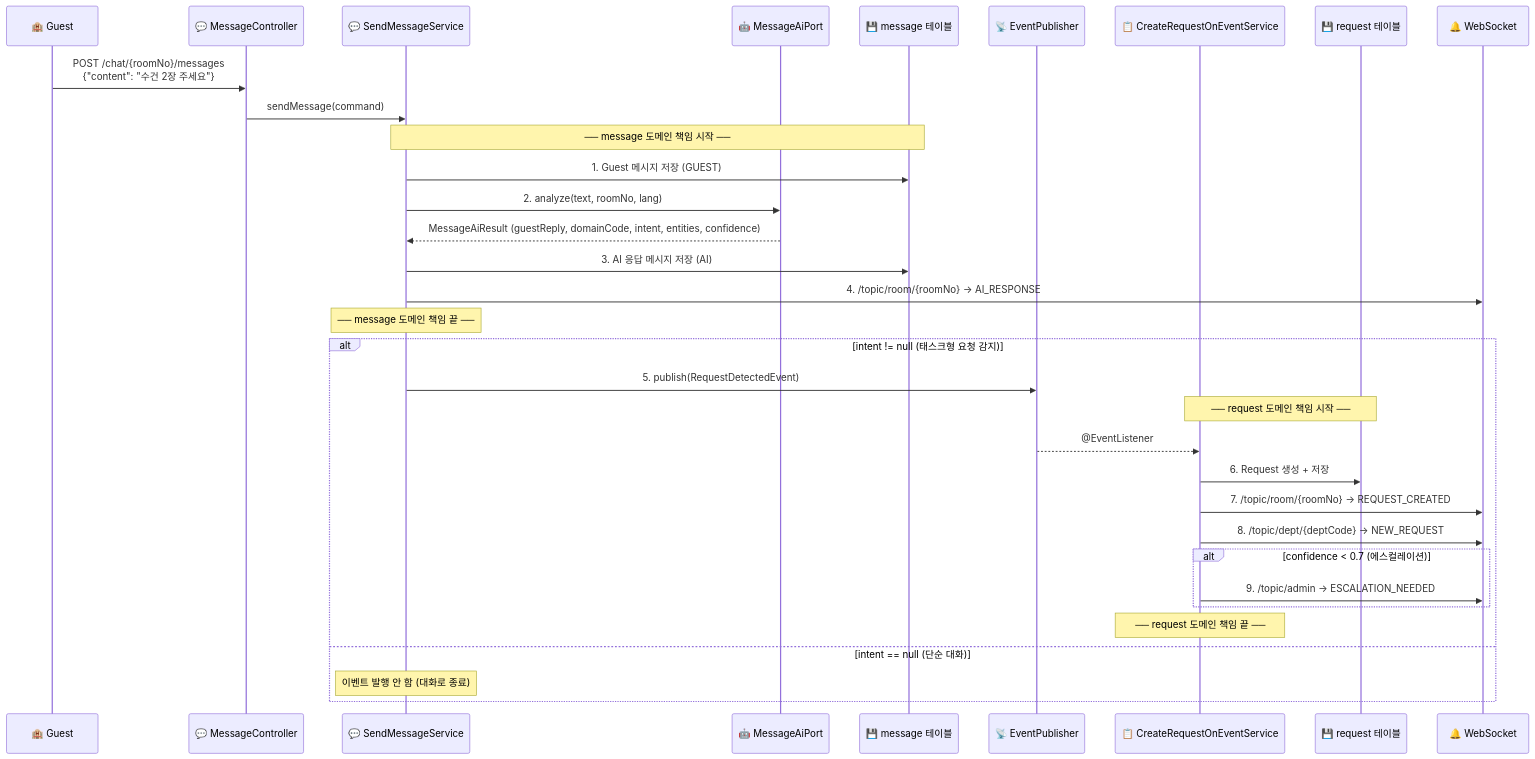
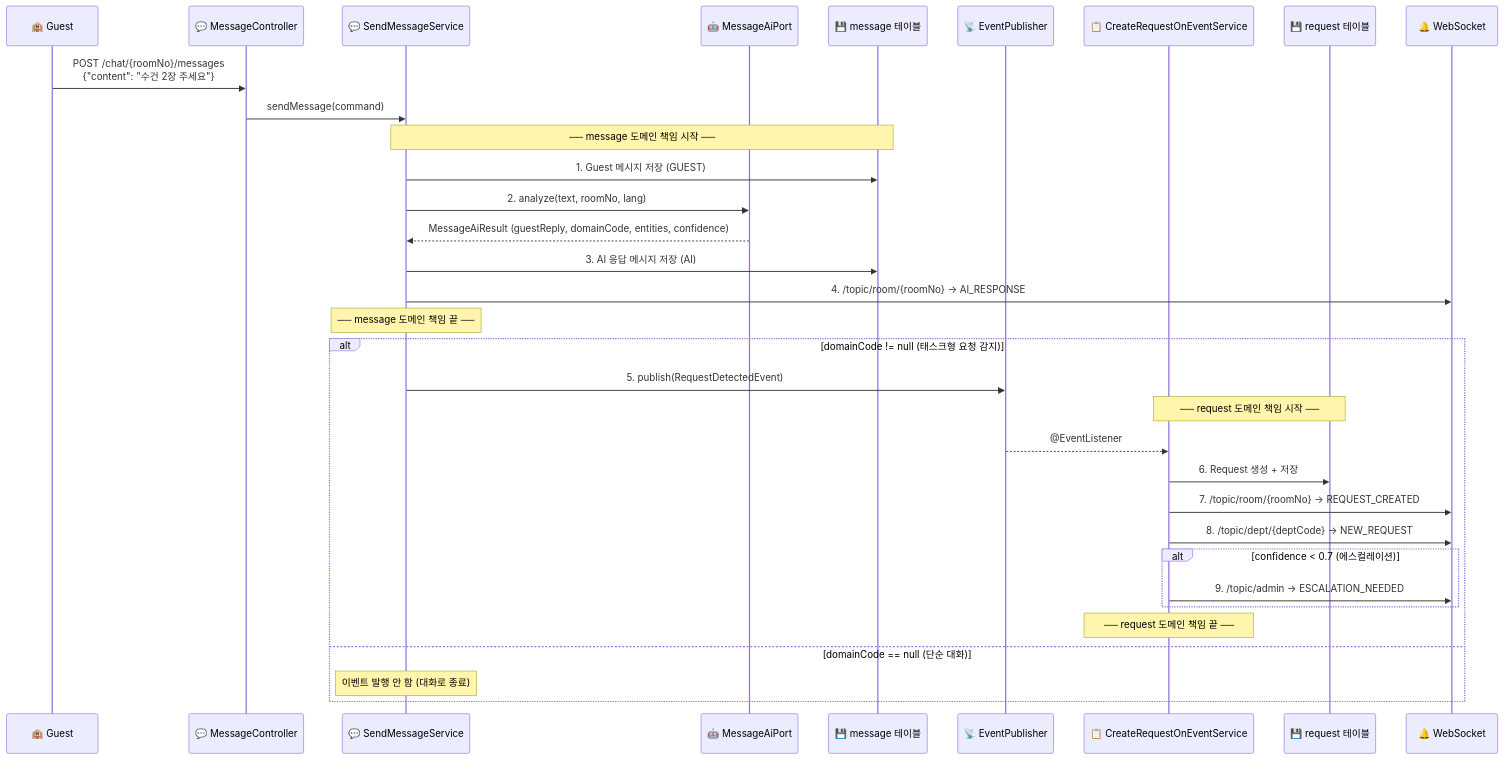
The diagram in docs/ms_rq_통합_워크플로우.md (newlecture-ibm2/team3-Aneuk), drawn with Mermaid before and after one commit. The commit also changed other lines of this file and 1 other file, not shown here.

Commit message:
docs: 아키텍처 및 워크플로우 문서 현행화 (intent/room 제거, 네이밍 통일)

````diff
--- a/docs/ms_rq_통합_워크플로우.md
+++ b/docs/ms_rq_통합_워크플로우.md
@@ -149,40 +149,40 @@
 ```mermaid
 sequenceDiagram
     participant G as 🏨 Guest
     participant MC as 💬 MessageController
     participant MS as 💬 SendMessageService
     participant AI as 🤖 MessageAiPort
     participant MDB as 💾 message 테이블
     participant EP as 📡 EventPublisher
     participant RS as 📋 CreateRequestOnEventService
     participant RDB as 💾 request 테이블
     participant WS as 🔔 WebSocket
 
     G->>MC: POST /chat/{roomNo}/messages<br/>{"content": "수건 2장 주세요"}
     MC->>MS: sendMessage(command)
 
     Note over MS,MDB: ── message 도메인 책임 시작 ──
     MS->>MDB: 1. Guest 메시지 저장 (GUEST)
     MS->>AI: 2. analyze(text, roomNo, lang)
-    AI-->>MS: MessageAiResult (guestReply, domainCode, intent, entities, confidence)
+    AI-->>MS: MessageAiResult (guestReply, domainCode, entities, confidence)
     MS->>MDB: 3. AI 응답 메시지 저장 (AI)
     MS->>WS: 4. /topic/room/{roomNo} → AI_RESPONSE
     Note over MS: ── message 도메인 책임 끝 ──
 
-    alt intent != null (태스크형 요청 감지)
+    alt domainCode != null (태스크형 요청 감지)
         MS->>EP: 5. publish(RequestDetectedEvent)
 
         Note over RS,RDB: ── request 도메인 책임 시작 ──
         EP-->>RS: @EventListener
         RS->>RDB: 6. Request 생성 + 저장
         RS->>WS: 7. /topic/room/{roomNo} → REQUEST_CREATED
         RS->>WS: 8. /topic/dept/{deptCode} → NEW_REQUEST
 
         alt confidence < 0.7 (에스컬레이션)
             RS->>WS: 9. /topic/admin → ESCALATION_NEEDED
         end
         Note over RS: ── request 도메인 책임 끝 ──
-    else intent == null (단순 대화)
+    else domainCode == null (단순 대화)
         Note over MS: 이벤트 발행 안 함 (대화로 종료)
     end
 ```
````
